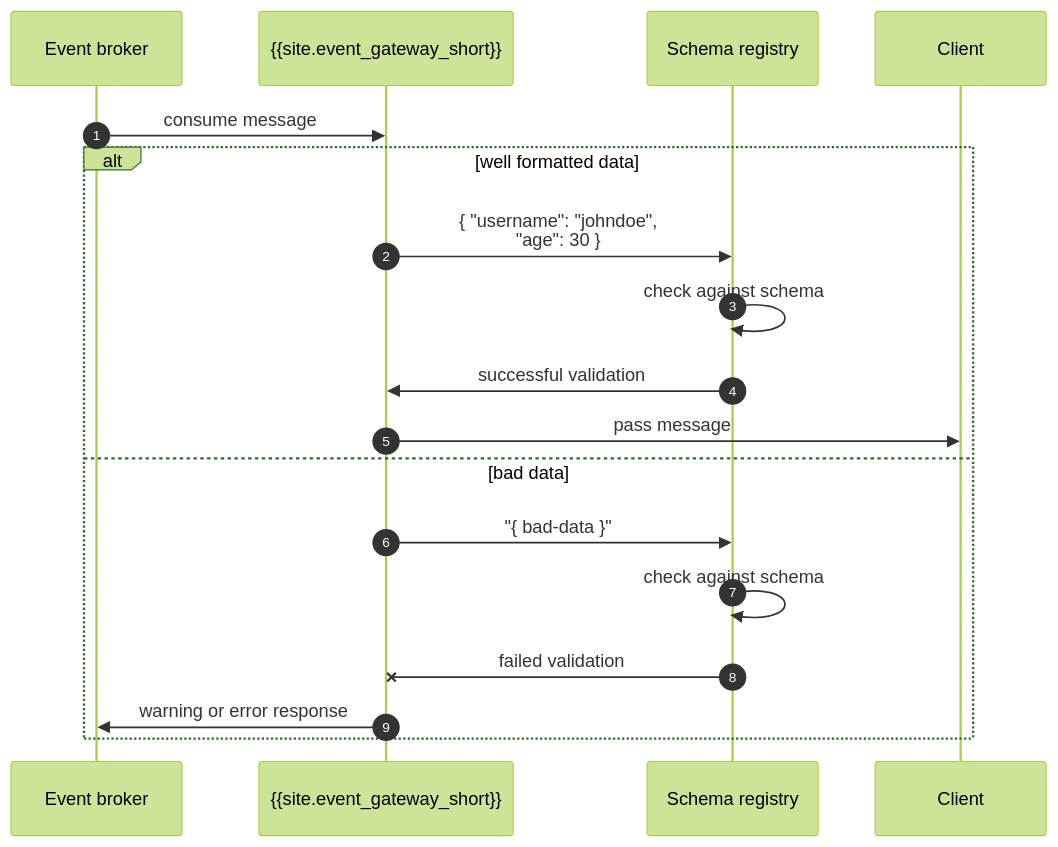
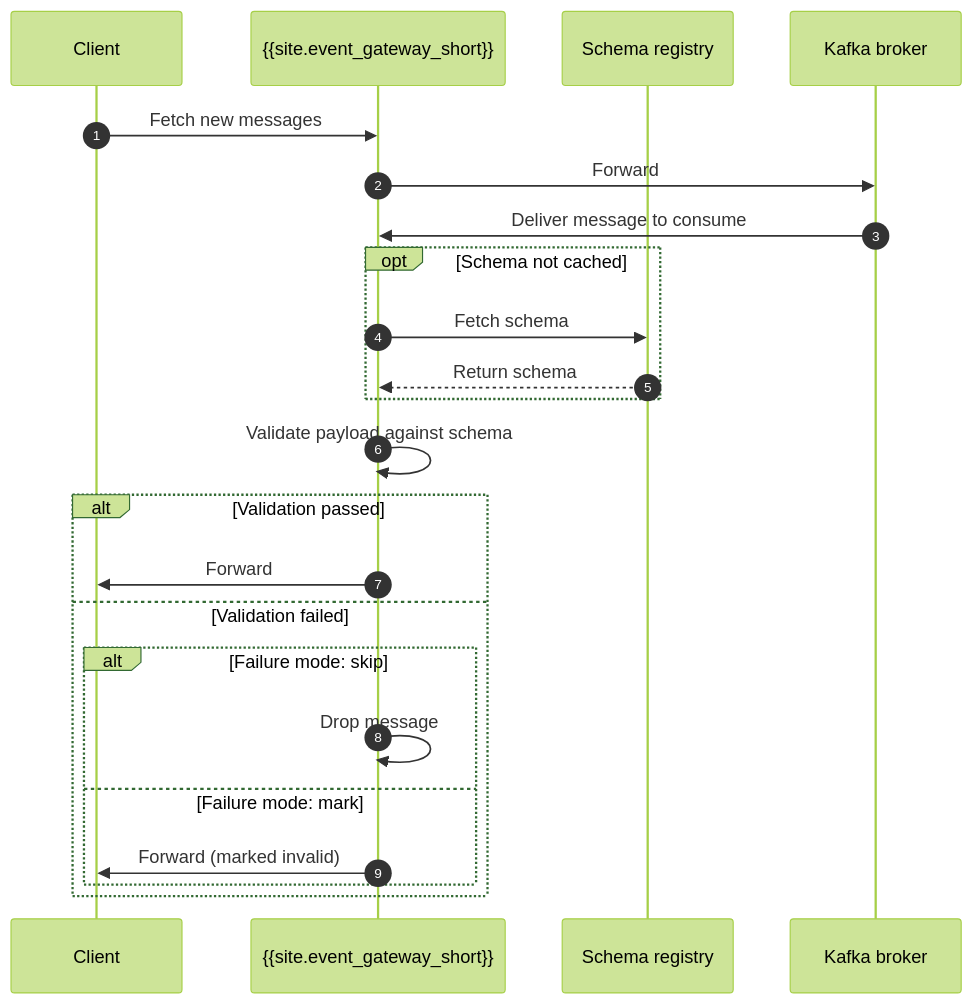
The diagram in app/_includes/knep/schema-validation-diagram-consume.md (Kong/developer.konghq.com), drawn with Mermaid (forest theme) before and after one commit. The commit also changed 8 other files, not shown here.

Commit message:
feat(event-gateway): improve schema validation docs

```diff
--- a/app/_includes/knep/schema-validation-diagram-consume.md
+++ b/app/_includes/knep/schema-validation-diagram-consume.md
@@ -2,25 +2,30 @@
 {% mermaid %}
 sequenceDiagram
   autonumber
-  participant broker as Event broker
+  participant client as Client
   participant egw as {{site.event_gateway_short}}
   participant schema as Schema registry
-  participant client as Client
+  participant broker as Kafka broker
 
-  broker->>egw: consume message
-  
-  alt well formatted data
-  egw ->> schema: #123; "username": "johndoe",<br/>"age": 30 #125;
+  client->>egw: Fetch new messages
+  egw->>broker: Forward
+  broker->>egw: Deliver message to consume
 
-  schema->>schema: check against schema
-  schema->>egw: successful validation
-  egw->>client: pass message
+  opt Schema not cached
+    egw->>schema: Fetch schema
+    schema-->>egw: Return schema
+  end
 
-  else bad data
-  egw ->> schema: "#123; bad-data #125;"
-  schema->>schema: check against schema
-  schema -x egw: failed validation
-  egw->>broker: warning or error response
+  egw->>egw: Validate payload against schema
+
+  alt Validation passed
+    egw->>client: Forward
+  else Validation failed
+    alt Failure mode: skip
+      egw->>egw: Drop message
+    else Failure mode: mark
+      egw->>client: Forward (marked invalid)
+    end
   end
 
 {% endmermaid %}
```
